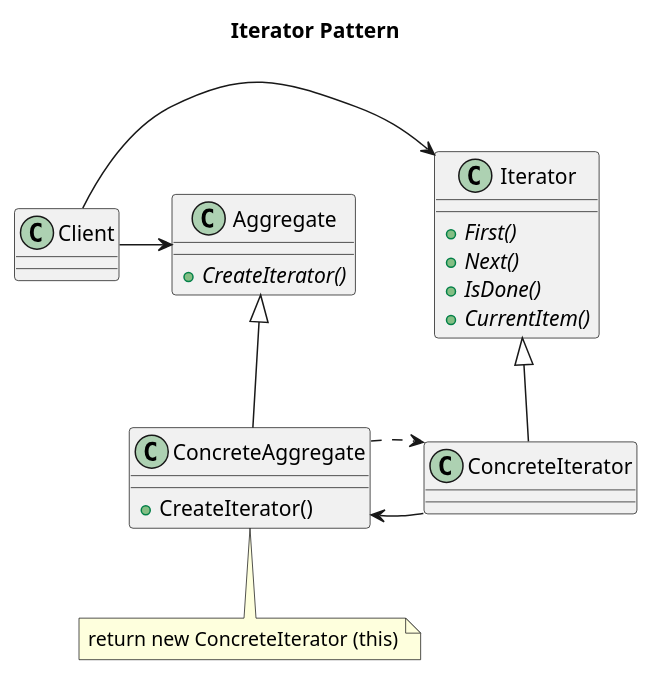
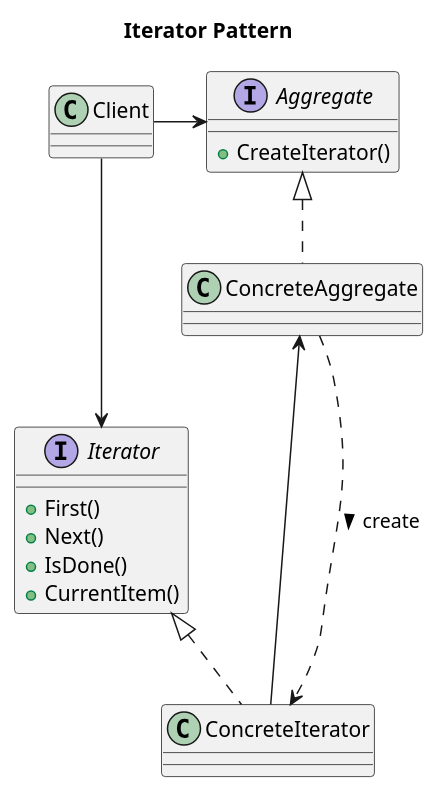
One commit to yuna611t/repo changed the diagram in uml/design_pattern/Iterator.pu. Above: the diagram before and after it, drawn with PlantUML.

Commit message:
a little bit refine

```diff
--- a/uml/design_pattern/Iterator.pu
+++ b/uml/design_pattern/Iterator.pu
@@ -1,30 +1,23 @@
 @startuml
 title Iterator Pattern
 
-class Aggregate {
-    + {abstract} CreateIterator()
+interface Aggregate {
+    + CreateIterator()
 }
-class Iterator {
-    + {abstract} First()
-    + {abstract} Next()
-    + {abstract} IsDone()
-    + {abstract} CurrentItem()
+interface Iterator {
+    + First()
+    + Next()
+    + IsDone()
+    + CurrentItem()
 }
 
-class ConcreteAggregate {
-    + CreateIterator()
-}
-note bottom of ConcreteAggregate
-    return new ConcreteIterator (this)
-end note
+' relations
+ConcreteIterator .up.|> Iterator
+ConcreteAggregate .up.|> Aggregate
+ConcreteIterator --> ConcreteAggregate
+ConcreteAggregate ...> ConcreteIterator : create >
 
-' relations
-ConcreteIterator -up-|> Iterator
-ConcreteAggregate -up-|> Aggregate
-ConcreteIterator --le> ConcreteAggregate
-ConcreteAggregate ..> ConcreteIterator
-
-Client -> Iterator
 Client -> Aggregate
+Client ---> Iterator
 
 @enduml
```
